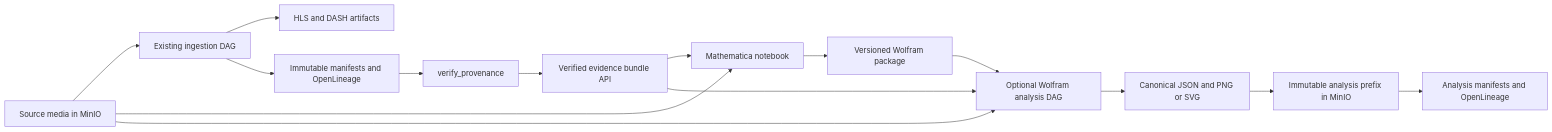
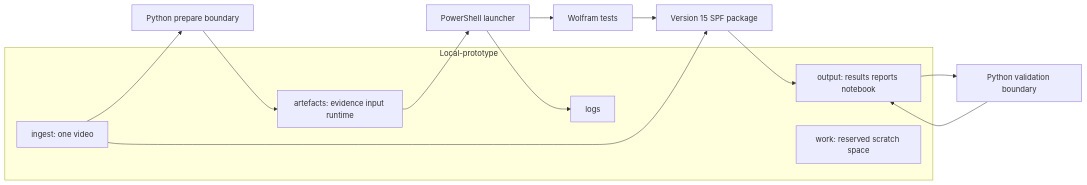
One commit to KG-khangelani/babelapha changed the first of 3 diagrams in Documentation/mathematica/architecture.md. Above: the diagram before and after it, drawn with Mermaid. The commit also changed other lines of this file and 28 other files, not shown here.

Commit message:
feat: build local Mathematica media lab

````diff
--- a/Documentation/mathematica/architecture.md
+++ b/Documentation/mathematica/architecture.md
@@ -9,19 +9,21 @@
 ```mermaid
 flowchart LR
-    Source[Source media in MinIO] --> Ingest[Existing ingestion DAG]
-    Ingest --> Renditions[HLS and DASH artifacts]
-    Ingest --> Evidence[Immutable manifests and OpenLineage]
-    Evidence --> Gate[verify_provenance]
-    Gate --> Bundle[Verified evidence bundle API]
+    subgraph Workspace[Local-prototype]
+        I[ingest: one video]
+        E[artefacts: evidence input runtime]
+        O[output: results reports notebook]
+        L[logs]
+        X[work: reserved scratch space]
+    end
 
-    Source --> Notebook[Mathematica notebook]
-    Bundle --> Notebook
-    Notebook --> Package[Versioned Wolfram package]
-
-    Source --> Analysis[Optional Wolfram analysis DAG]
-    Bundle --> Analysis
-    Package --> Analysis
-    Analysis --> Results[Canonical JSON and PNG or SVG]
-    Results --> AnalysisStore[Immutable analysis prefix in MinIO]
-    AnalysisStore --> AnalysisEvidence[Analysis manifests and OpenLineage]
+    I --> PB[Python prepare boundary]
+    PB --> E
+    E --> PS[PowerShell launcher]
+    PS --> WT[Wolfram tests]
+    WT --> WL[Version 15 SPF package]
+    I --> WL
+    WL --> O
+    O --> VB[Python validation boundary]
+    VB --> O
+    PS --> L
 ```
````
